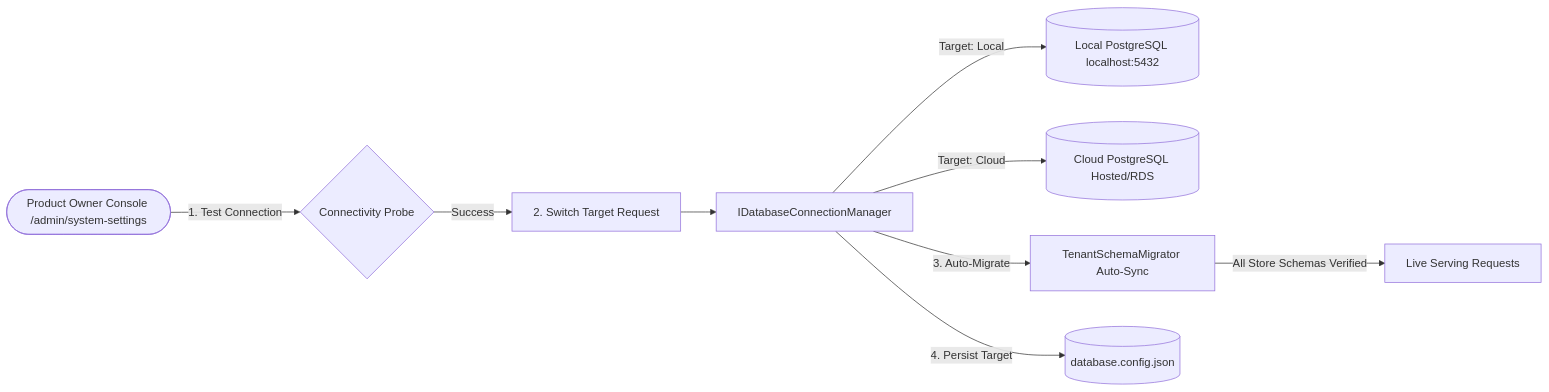
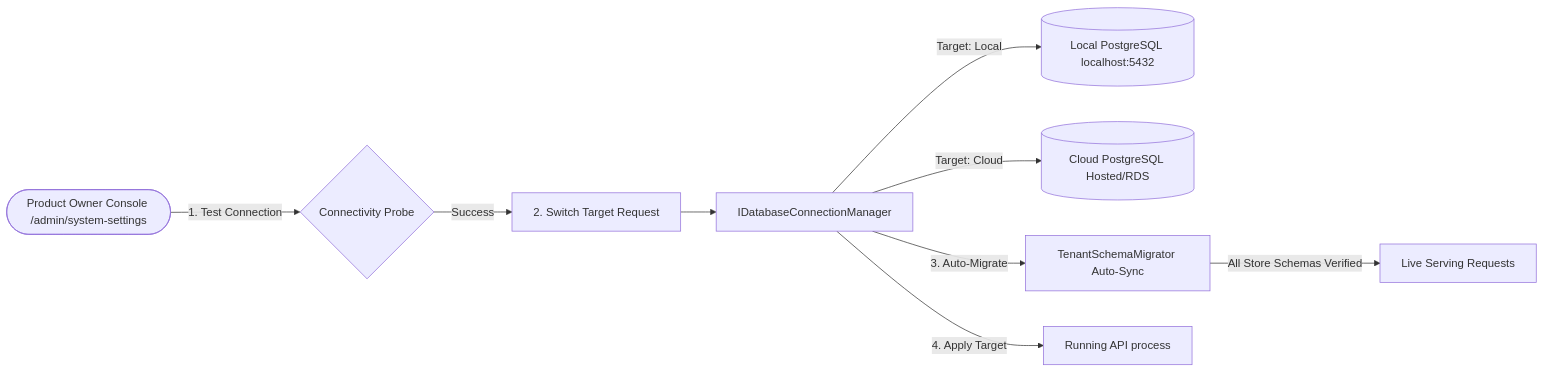
One commit to developerpravin666/MicroservicesEcosystem changed the second of 3 diagrams in docs/accounting-user-manual.md. Above: the diagram before and after it, drawn with Mermaid. The commit also changed other lines of this file and 4 other files, not shown here.

````diff
--- a/docs/accounting-user-manual.md
+++ b/docs/accounting-user-manual.md
@@ -794,11 +794,11 @@
 ```mermaid
 flowchart LR
     PO([Product Owner Console /admin/system-settings]) -->|1. Test Connection| Probe{Connectivity Probe}
     Probe -->|Success| SwitchAct[2. Switch Target Request]
     SwitchAct --> ConnMgr[IDatabaseConnectionManager]
     ConnMgr -->|Target: Local| LocalDB[(Local PostgreSQL localhost:5432)]
     ConnMgr -->|Target: Cloud| CloudDB[(Cloud PostgreSQL Hosted/RDS)]
     ConnMgr -->|3. Auto-Migrate| Migrator[TenantSchemaMigrator Auto-Sync]
-    ConnMgr -->|4. Persist Target| FileStore[(database.config.json)]
+    ConnMgr -->|4. Apply Target| Runtime[Running API process]
     Migrator -->|All Store Schemas Verified| Ready[Live Serving Requests]
 ```
````
